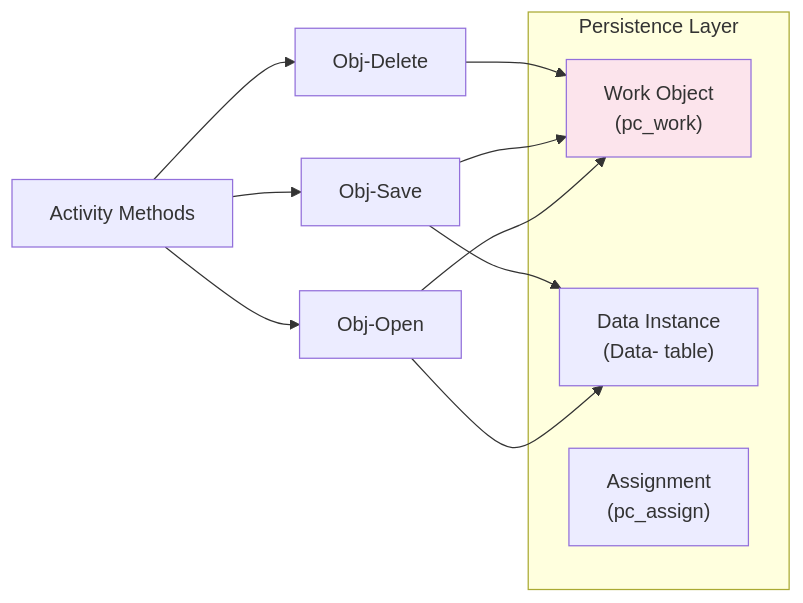
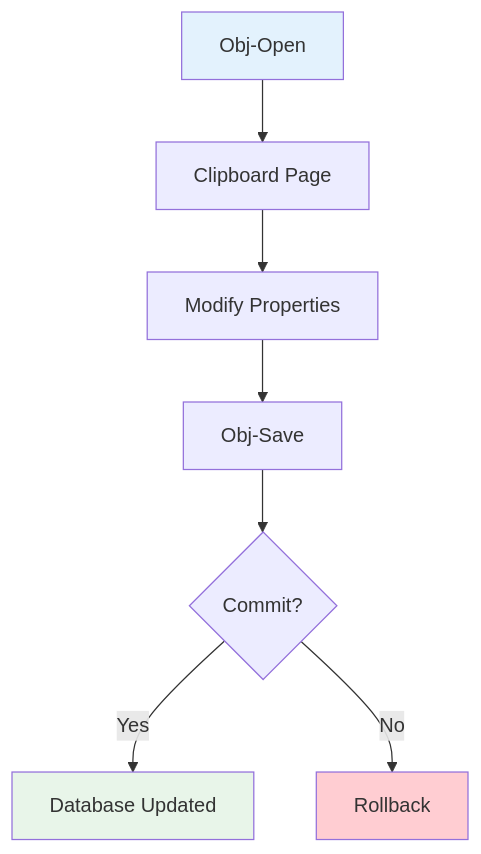
One commit to pratham-vishk/pega-interview-romance-guide changed the diagram in pega-interview-prep/diagrams/20-object-persistence.mmd. Above: the diagram before and after it, drawn with Mermaid. The commit also changed 46 other files, not shown here.

First line of the commit message:
Ultra comprehensive edition: expand all 473 subtopics, fix diagram page-fit

```diff
--- a/pega-interview-prep/diagrams/20-object-persistence.mmd
+++ b/pega-interview-prep/diagrams/20-object-persistence.mmd
@@ -1,16 +1,11 @@
-flowchart LR
-    subgraph Persist["Persistence Layer"]
-        WO["Work Object\n(pc_work)"]
-        DATA["Data Instance\n(Data- table)"]
-        ASSIGN["Assignment\n(pc_assign)"]
-    end
-    ACT["Activity Methods"] --> OBJ_OPEN["Obj-Open"]
-    ACT --> OBJ_SAVE["Obj-Save"]
-    ACT --> OBJ_DELETE["Obj-Delete"]
-    OBJ_OPEN --> WO
-    OBJ_OPEN --> DATA
-    OBJ_SAVE --> WO
-    OBJ_SAVE --> DATA
-    OBJ_DELETE --> WO
+flowchart TD
+    O["Obj-Open"] --> C["Clipboard Page"]
+    C --> M["Modify Properties"]
+    M --> S["Obj-Save"]
+    S --> T{"Commit?"}
+    T -->|Yes| DB["Database Updated"]
+    T -->|No| R["Rollback"]
 
-    style WO fill:#fce4ec
+    style O fill:#e3f2fd
+    style DB fill:#e8f5e9
+    style R fill:#ffcdd2
```
